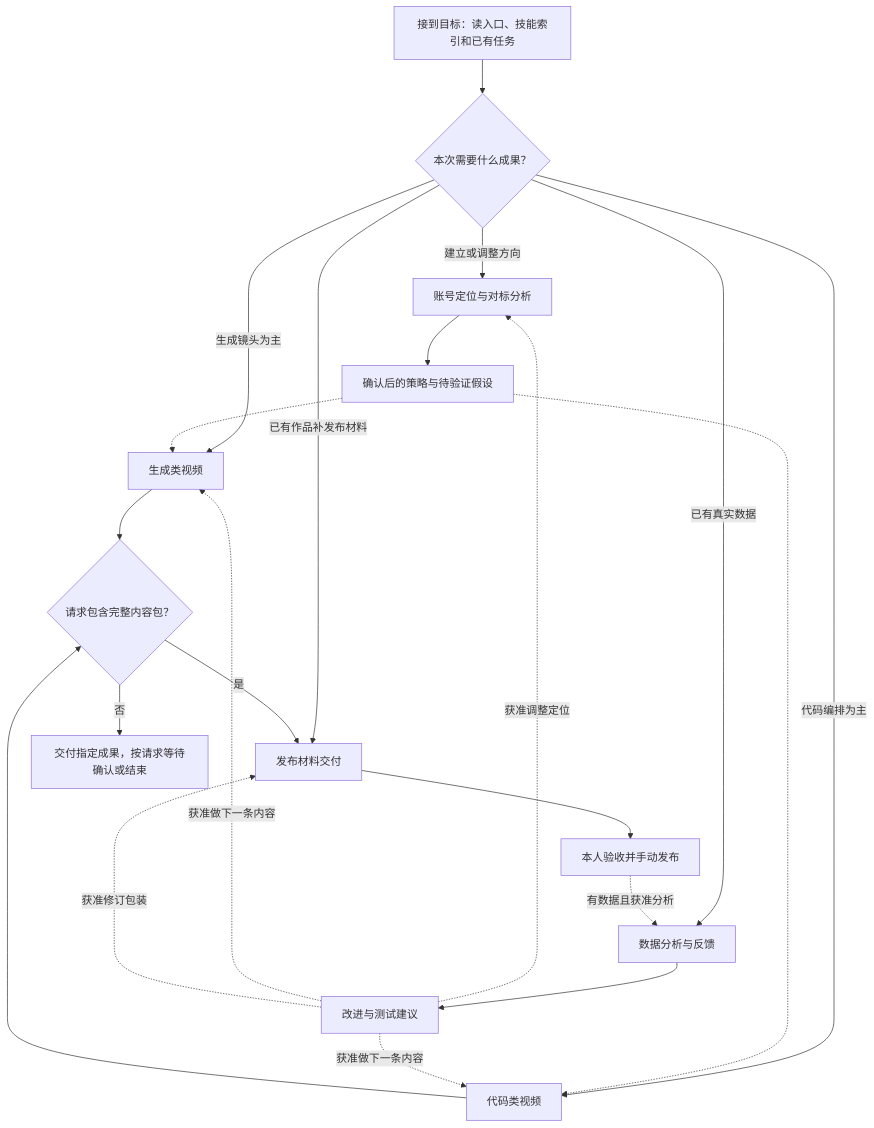
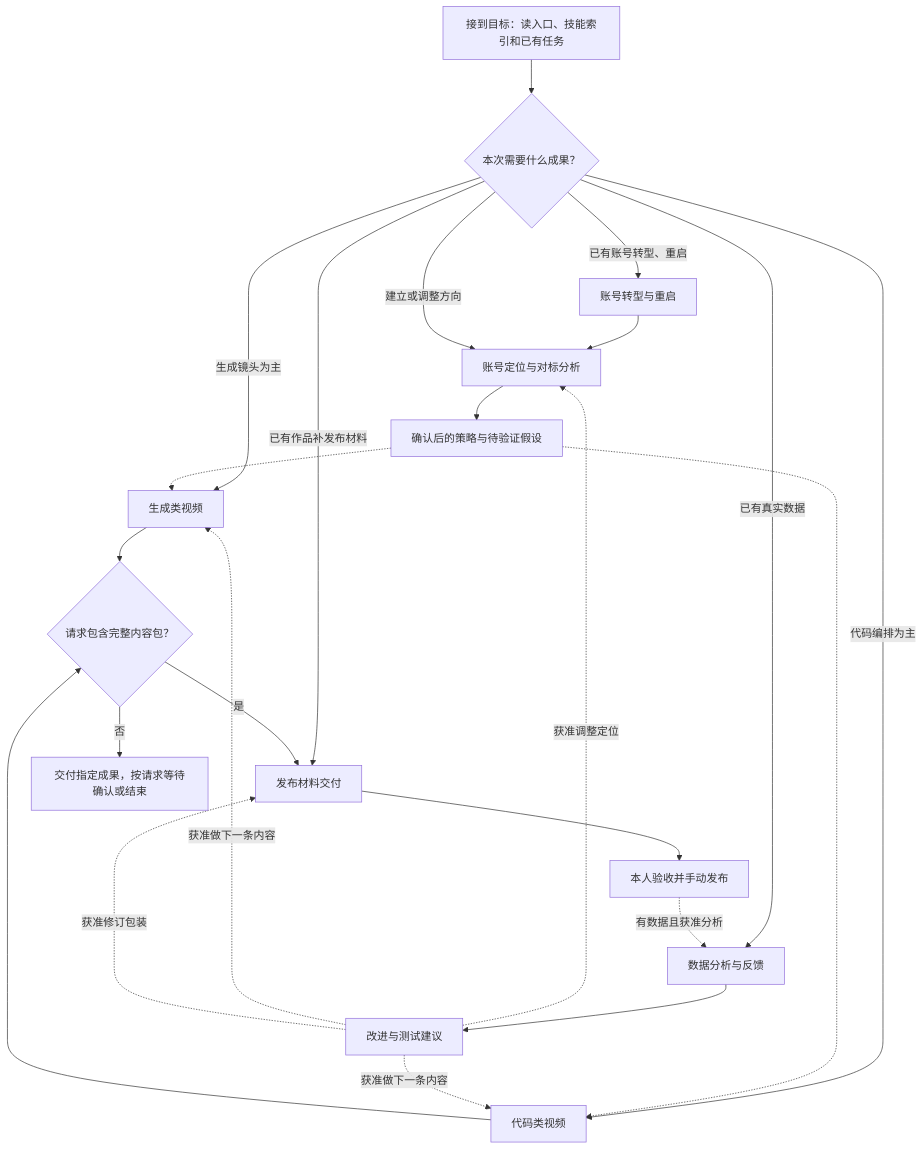
The diagram in 骨架/agent/sop/README.md (oTATo-Boss/AI-SMA), drawn with Mermaid before and after one commit. The commit also changed other lines of this file and 15 other files, not shown here.

````diff
--- a/骨架/agent/sop/README.md
+++ b/骨架/agent/sop/README.md
@@ -21,23 +22,25 @@
 ```mermaid
 flowchart TD
   A["接到目标：读入口、技能索引和已有任务"] --> B{"本次需要什么成果？"}
+  B -->|"已有账号转型、重启"| T["账号转型与重启"]
+  T --> C
   B -->|"建立或调整方向"| C["账号定位与对标分析"]
   B -->|"生成镜头为主"| D["生成类视频"]
   B -->|"代码编排为主"| E["代码类视频"]
   B -->|"已有作品补发布材料"| F["发布材料交付"]
   B -->|"已有真实数据"| G["数据分析与反馈"]
   C --> H["确认后的策略与待验证假设"]
   H -.-> D
   H -.-> E
   D --> I{"请求包含完整内容包？"}
   E --> I
   I -->|"是"| F
   I -->|"否"| J["交付指定成果，按请求等待确认或结束"]
   F --> K["本人验收并手动发布"]
   K -.->|"有数据且获准分析"| G
   G --> L["改进与测试建议"]
   L -.->|"获准调整定位"| C
   L -.->|"获准做下一条内容"| D
   L -.->|"获准做下一条内容"| E
   L -.->|"获准修订包装"| F
 ```
````
